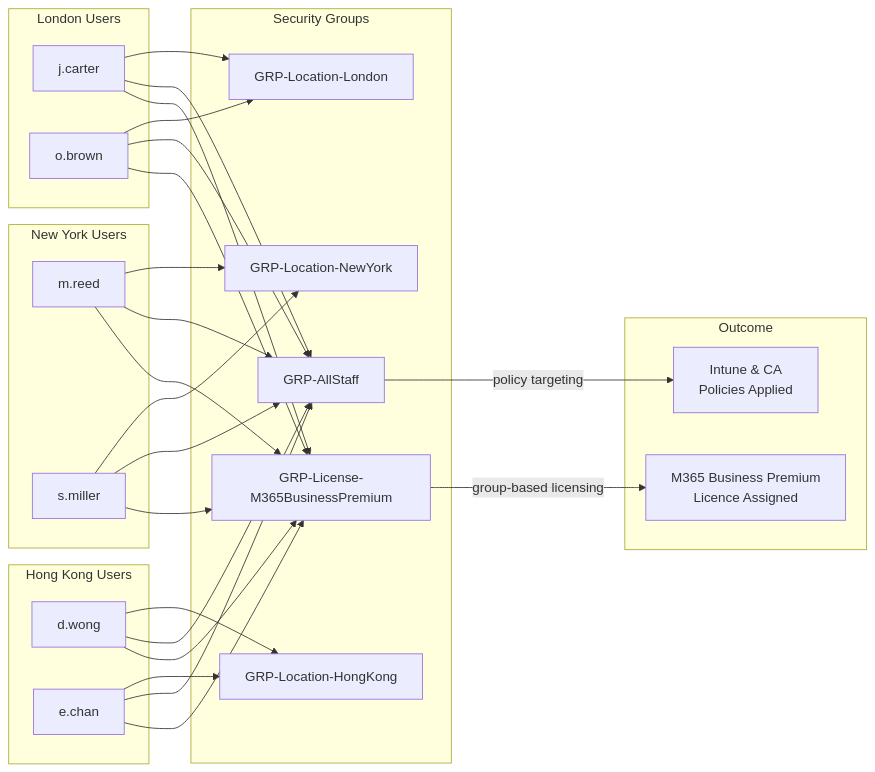
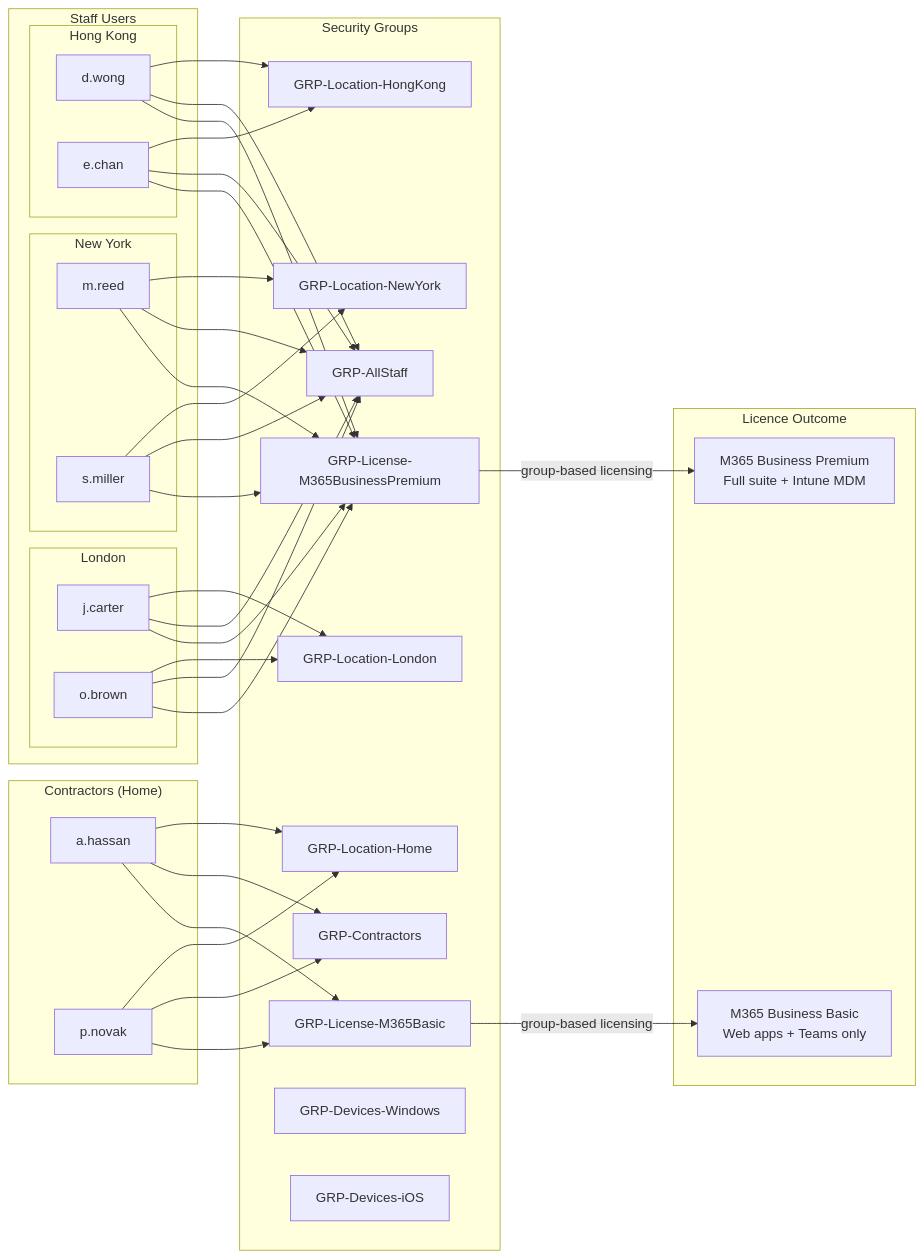
The second of 2 diagrams in m365-hybrid/docs/02-ad-scripts.md (sandtiger76/engineering-portfolio), drawn with Mermaid before and after one commit. The commit also changed other lines of this file and 1 other file, not shown here.

````diff
--- a/m365-hybrid/docs/02-ad-scripts.md
+++ b/m365-hybrid/docs/02-ad-scripts.md
@@ -60,37 +63,53 @@
 ```mermaid
 graph LR
-    subgraph LONDON["London Users"]
-        JC["j.carter"]
-        OB["o.brown"]
+    subgraph STAFF["Staff Users"]
+        subgraph LONDON["London"]
+            JC["j.carter"]
+            OB["o.brown"]
+        end
+        subgraph NEWYORK["New York"]
+            MR["m.reed"]
+            SM["s.miller"]
+        end
+        subgraph HONGKONG["Hong Kong"]
+            DW["d.wong"]
+            EC["e.chan"]
+        end
     end
-    subgraph NEWYORK["New York Users"]
-        MR["m.reed"]
-        SM["s.miller"]
-    end
-    subgraph HONGKONG["Hong Kong Users"]
-        DW["d.wong"]
-        EC["e.chan"]
+
+    subgraph CONTRACTORS["Contractors (Home)"]
+        AH["a.hassan"]
+        PN["p.novak"]
     end
 
     subgraph GROUPS["Security Groups"]
         GLL["GRP-Location-London"]
         GLN["GRP-Location-NewYork"]
         GLH["GRP-Location-HongKong"]
+        GLO["GRP-Location-Home"]
         GAS["GRP-AllStaff"]
+        GCT["GRP-Contractors"]
         GLI["GRP-License-M365BusinessPremium"]
+        GLC["GRP-License-M365Basic"]
+        GDW["GRP-Devices-Windows"]
+        GDI["GRP-Devices-iOS"]
     end
 
-    subgraph OUTCOME["Outcome"]
-        LIC["M365 Business Premium\nLicence Assigned"]
-        POL["Intune & CA\nPolicies Applied"]
+    subgraph OUTCOME["Licence Outcome"]
+        LPREM["M365 Business Premium\nFull suite + Intune MDM"]
+        LBASE["M365 Business Basic\nWeb apps + Teams only"]
     end
 
     JC & OB --> GLL
     MR & SM --> GLN
     DW & EC --> GLH
+    AH & PN --> GLO
+    AH & PN --> GCT
+
     JC & OB & MR & SM & DW & EC --> GAS
     JC & OB & MR & SM & DW & EC --> GLI
+    AH & PN --> GLC
 
-    GLI -->|"group-based licensing"| LIC
-    GAS -->|"policy targeting"| POL
+    GLI -->|"group-based licensing"| LPREM
+    GLC -->|"group-based licensing"| LBASE
 ```
````
